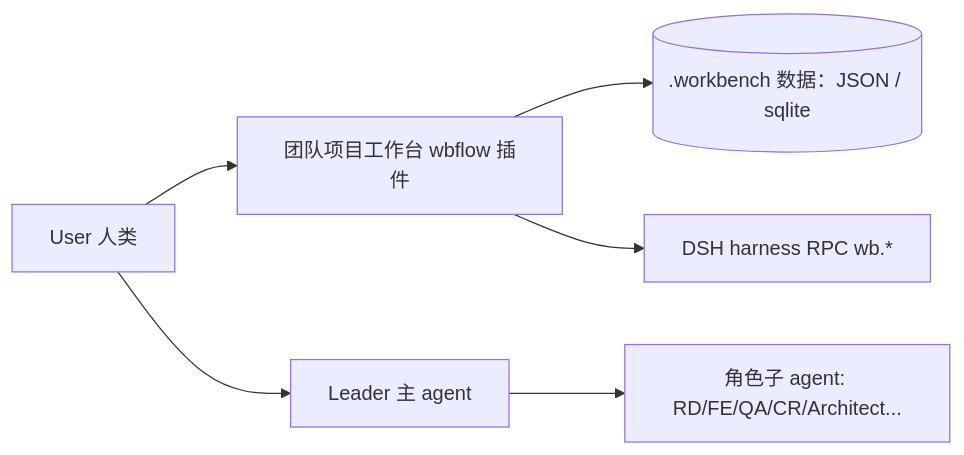
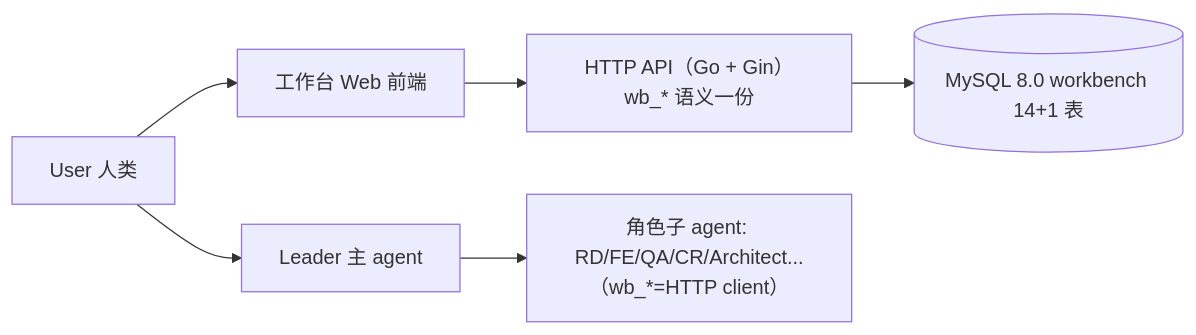
Before and after one commit to huzilin/dsh-flow: the first of 4 diagrams in docs/v1.0/arch_design.md, drawn with Mermaid. The commit also changed other lines of this file and 18 other files, not shown here.

````diff
--- a/docs/v1.0/arch_design.md
+++ b/docs/v1.0/arch_design.md
@@ -86,8 +87,8 @@
 ```mermaid
 graph LR
-    U[User 人类] --> S[团队项目工作台 wbflow 插件]
+    U[User 人类] --> S[工作台 Web 前端]
     U --> L[Leader 主 agent]
-    S --> D[(.workbench 数据：JSON / sqlite)]
-    S --> G[DSH harness RPC wb.*]
-    L --> A[角色子 agent: RD/FE/QA/CR/Architect...]
+    S --> API[HTTP API（Go + Gin）wb_* 语义一份]
+    L --> A[角色子 agent: RD/FE/QA/CR/Architect...（wb_*=HTTP client）]
+    API --> D[(MySQL 8.0 workbench 14+1 表)]
 ```
````
